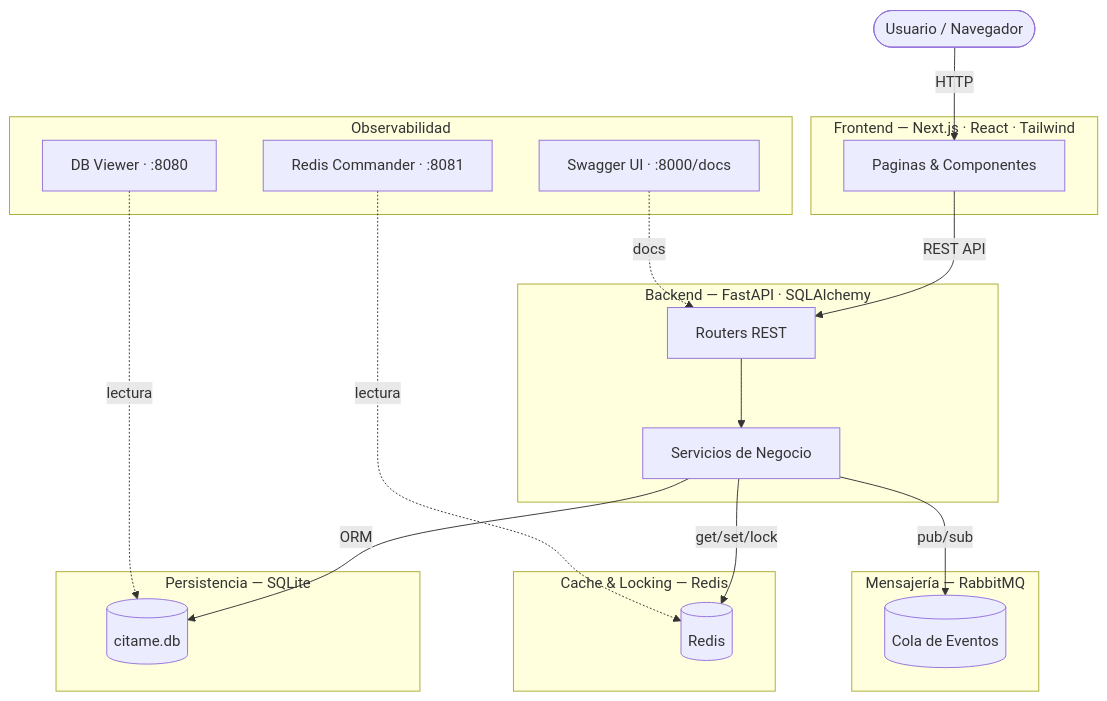
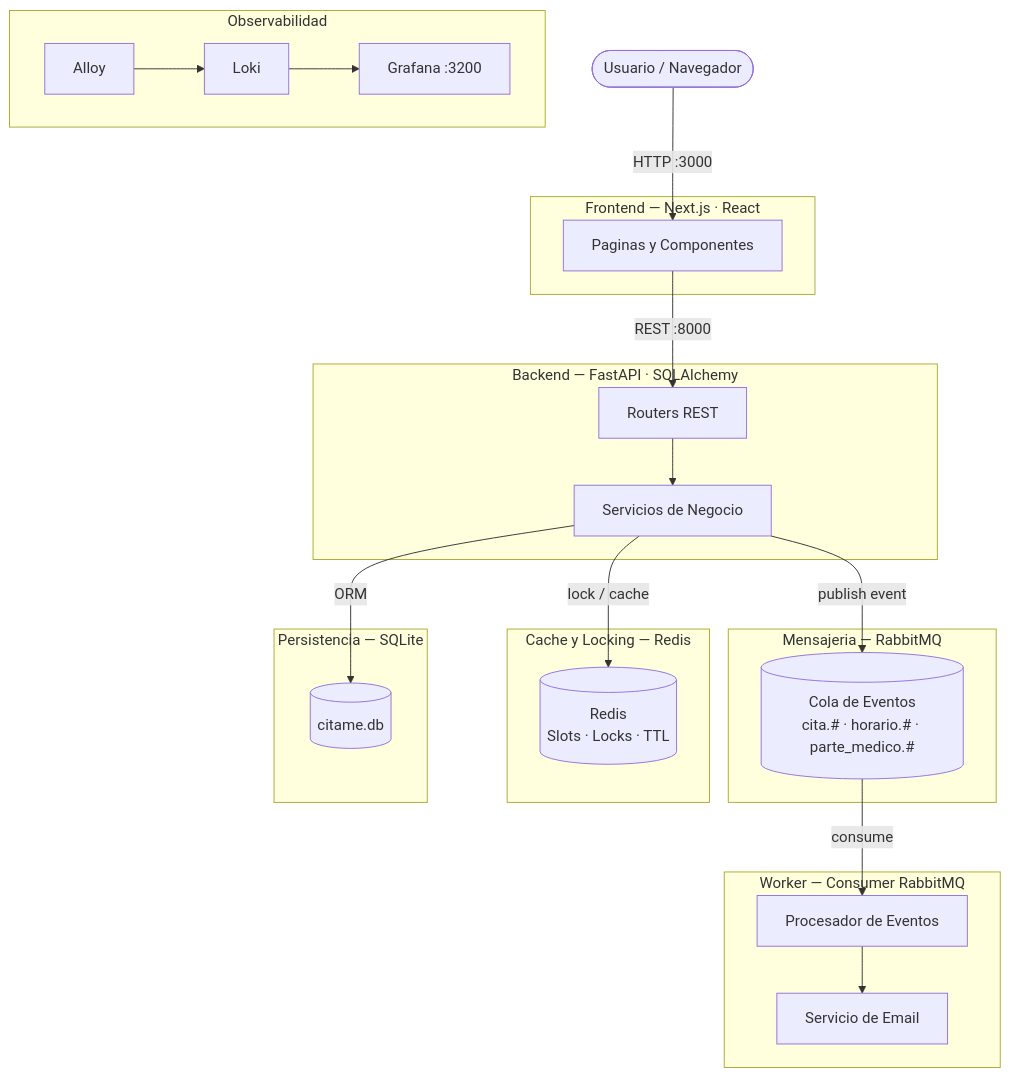
Before and after one commit to MLopezCamp/Cita.me-2: the diagram in README.md, drawn with Mermaid. The commit also changed other lines of this file and 21 other files, not shown here.

````diff
--- a/README.md
+++ b/README.md
@@ -89,41 +83,44 @@
 ```mermaid
 graph TD
     U([Usuario / Navegador])
 
-    subgraph Frontend["Frontend  —  Next.js · React · Tailwind"]
-        FE[Paginas & Componentes]
+    subgraph Frontend["Frontend — Next.js · React"]
+        FE[Paginas y Componentes]
     end
 
-    subgraph Backend["Backend  —  FastAPI · SQLAlchemy"]
+    subgraph Backend["Backend — FastAPI · SQLAlchemy"]
         API[Routers REST]
         SVC[Servicios de Negocio]
         API --> SVC
     end
 
-    subgraph Mensajeria["Mensajería  —  RabbitMQ"]
-        MQ[(Cola de Eventos)]
+    subgraph Worker["Worker — Consumer RabbitMQ"]
+        WK[Procesador de Eventos]
+        EM[Servicio de Email]
+        WK --> EM
     end
 
-    subgraph Cache["Cache & Locking  —  Redis"]
-        RD[(Redis)]
+    subgraph Mensajeria["Mensajeria — RabbitMQ"]
+        MQ[(Cola de Eventos\ncita.# · horario.# · parte_medico.#)]
     end
 
-    subgraph DB["Persistencia  —  SQLite"]
+    subgraph Cache["Cache y Locking — Redis"]
+        RD[(Redis\nSlots · Locks · TTL)]
+    end
+
+    subgraph DB["Persistencia — SQLite"]
         BD[(citame.db)]
     end
 
     subgraph Observabilidad["Observabilidad"]
-        DBV[DB Viewer · :8080]
-        RC[Redis Commander · :8081]
-        SW[Swagger UI · :8000/docs]
+        AL[Alloy] --> LK[Loki]
+        LK --> GR[Grafana :3200]
     end
 
-    U -->|HTTP| FE
-    FE -->|REST API| API
-    SVC -->|pub/sub| MQ
-    SVC -->|get/set/lock| RD
+    U -->|HTTP :3000| FE
+    FE -->|REST :8000| API
+    SVC -->|publish event| MQ
+    MQ -->|consume| WK
+    SVC -->|lock / cache| RD
     SVC -->|ORM| BD
-    DBV -.->|lectura| BD
-    RC -.->|lectura| RD
-    SW -.->|docs| API
 ```
````
